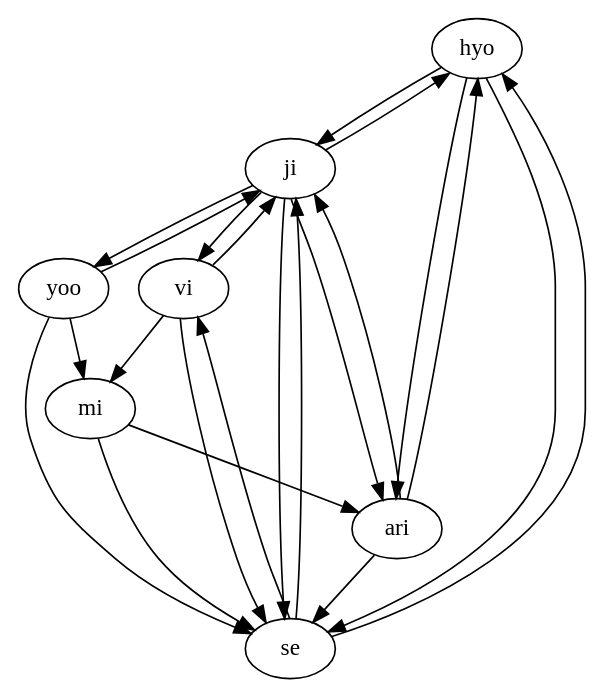
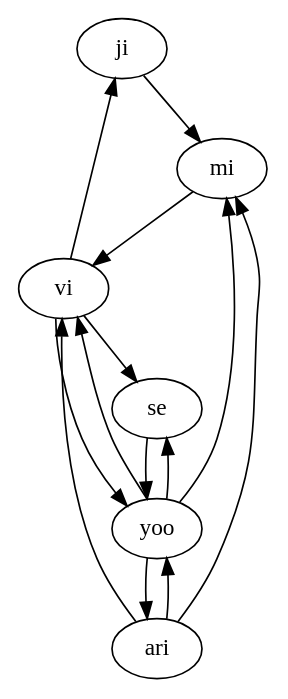
The diagram in src/main/java/resource/awesome.dot (hannimpeha/WS), drawn with Graphviz before and after one commit. The commit also changed 17 other files, not shown here.

```diff
--- a/src/main/java/resource/awesome.dot
+++ b/src/main/java/resource/awesome.dot
@@ -1,24 +1,15 @@
 digraph {
-hyo->ji;
-ji->hyo;
-hyo->se;
-se->hyo;
-hyo->ari;
-ari->hyo;
-ji->yoo;
-yoo->ji;
-ji->vi;
+ji->mi;
 vi->ji;
-ji->se;
-se->ji;
-ji->ari;
-ari->ji;
 yoo->mi;
+yoo->vi;
+vi->yoo;
 yoo->se;
-vi->mi;
-mi->se;
-mi->ari;
+se->yoo;
+yoo->ari;
+ari->yoo;
+mi->vi;
+ari->mi;
 vi->se;
-se->vi;
-ari->se;
+ari->vi;
 }
```
